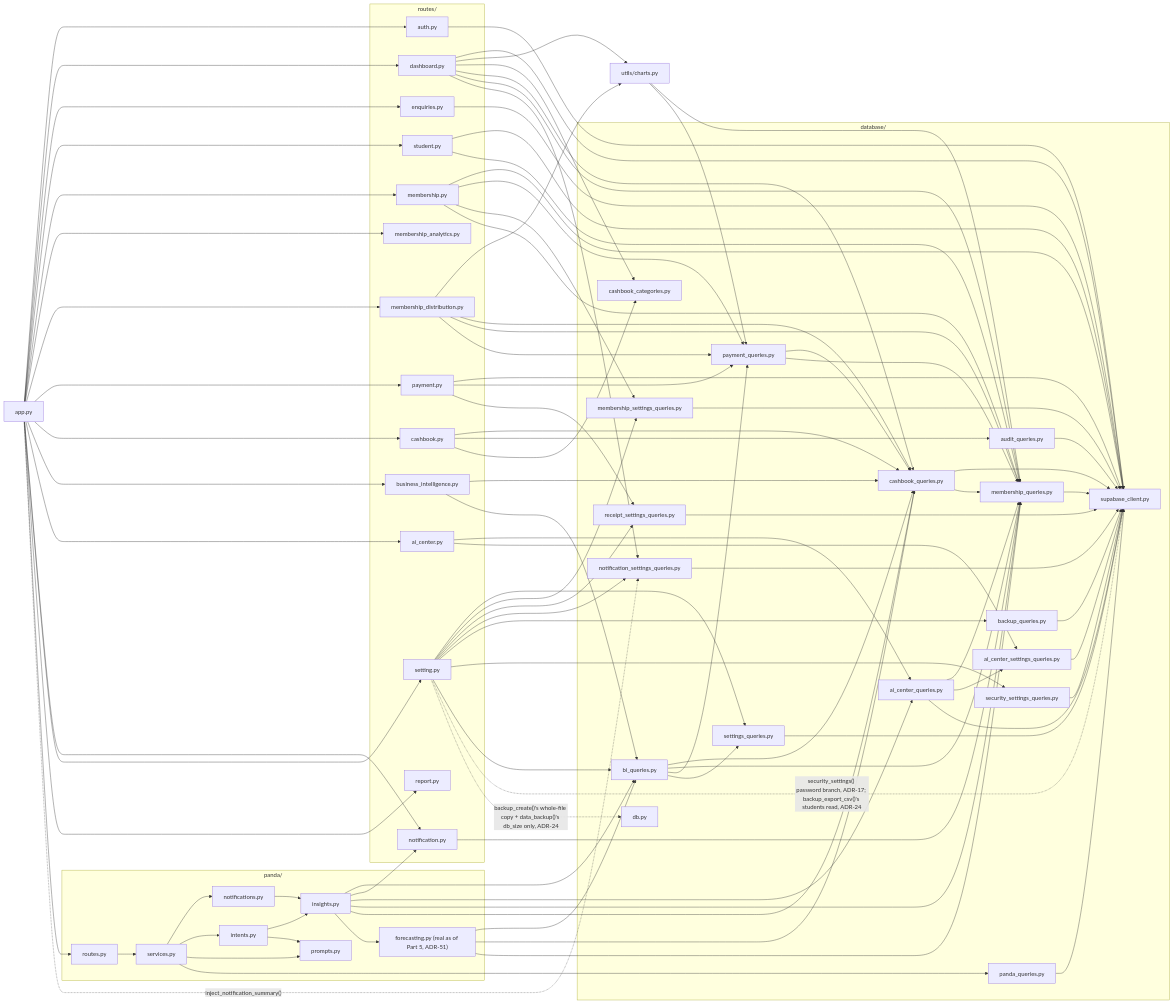
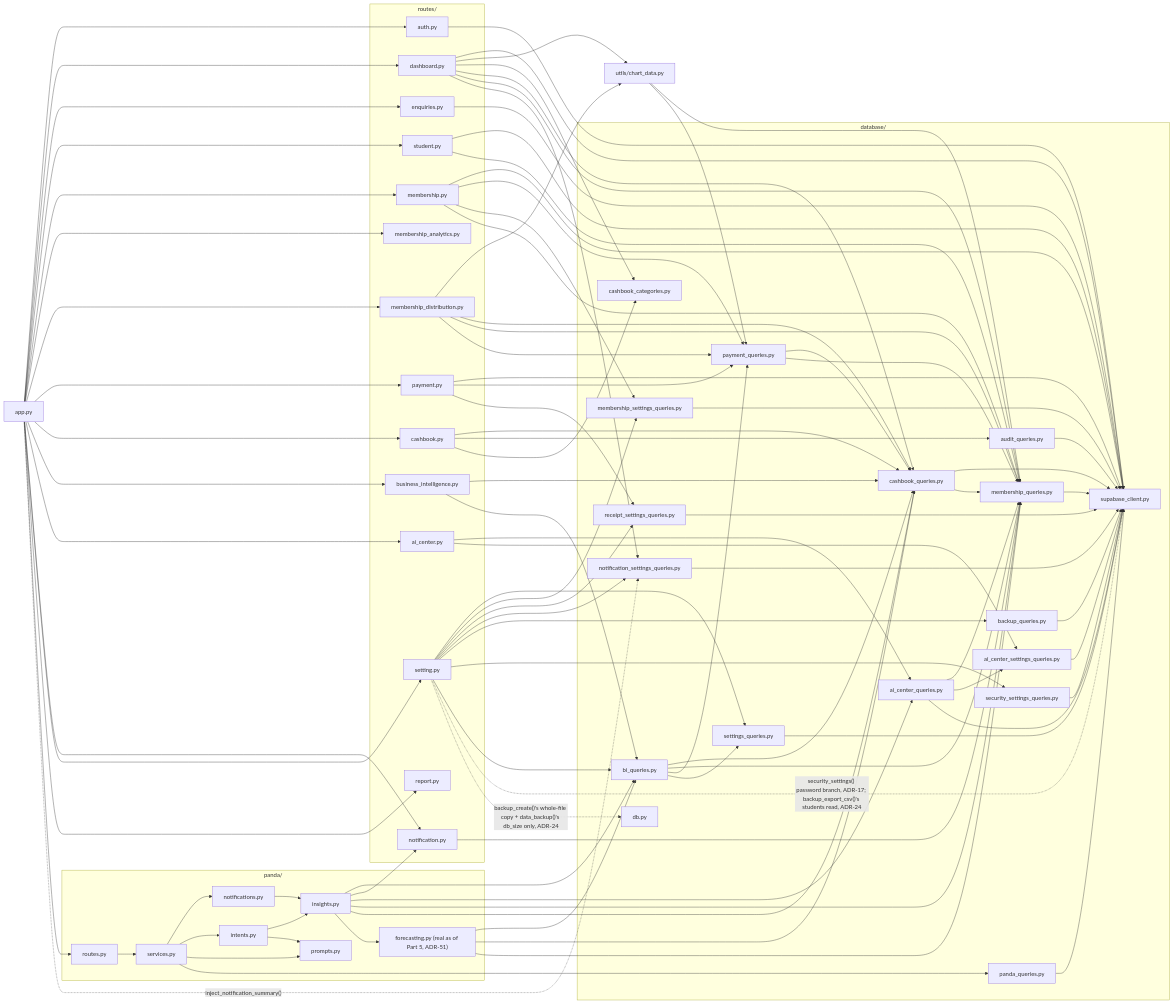
One commit to saloni-keshore/smart-library-management-system changed the fifth of 5 diagrams in docs/DIAGRAMS.md. Above: the diagram before and after it, drawn with Mermaid. The commit also changed other lines of this file and 50 other files, not shown here.

```diff
--- a/docs/DIAGRAMS.md
+++ b/docs/DIAGRAMS.md
@@ -400,7 +399,7 @@
         security_settings_queries_py["security_settings_queries.py"]
     end
 
-    charts_py["utils/charts.py"]
+    charts_py["utils/chart_data.py"]
 
     app_py --> auth_py
     app_py --> dashboard_py
```
